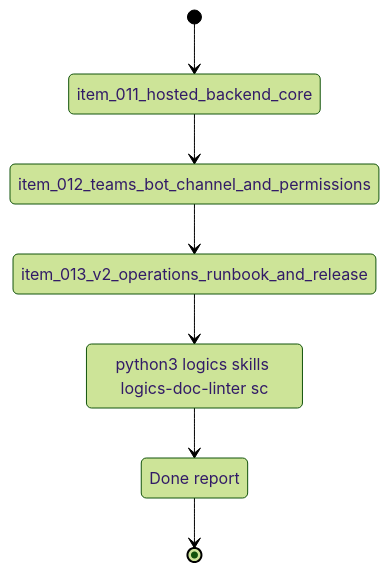
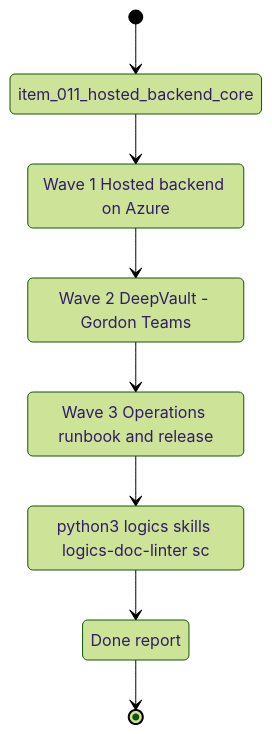
One commit to AlexAgo83/deepvault changed the diagram in logics/tasks/task_010_v2_azure_and_teams_delivery.md. Above: the diagram before and after it, drawn with Mermaid (forest theme). The commit also changed 28 other files, not shown here.

````diff
--- a/logics/tasks/task_010_v2_azure_and_teams_delivery.md
+++ b/logics/tasks/task_010_v2_azure_and_teams_delivery.md
@@ -19,16 +19,18 @@
 ```mermaid
 %% logics-kind: task
 %% logics-signature: task|v2-azure-and-teams-delivery|item-011-hosted-backend-core|wave-1-hosted-backend-on-azure|python3-logics-skills-logics-doc-linter-
 stateDiagram-v2
-    state "item_011_hosted_backend_core" as Backend
-    state "item_012_teams_bot_channel_and_permissions" as Teams
-    state "item_013_v2_operations_runbook_and_release" as Ops
+    state "item_011_hosted_backend_core" as Backlog
+    state "Wave 1 Hosted backend on Azure" as Scope
+    state "Wave 2 DeepVault - Gordon Teams" as Build
+    state "Wave 3 Operations runbook and release" as Verify
     state "python3 logics skills logics-doc-linter sc" as Validation
     state "Done report" as Report
-    [*] --> Backend
-    Backend --> Teams
-    Teams --> Ops
-    Ops --> Validation
+    [*] --> Backlog
+    Backlog --> Scope
+    Scope --> Build
+    Build --> Verify
+    Verify --> Validation
     Validation --> Report
     Report --> [*]
 ```
````
